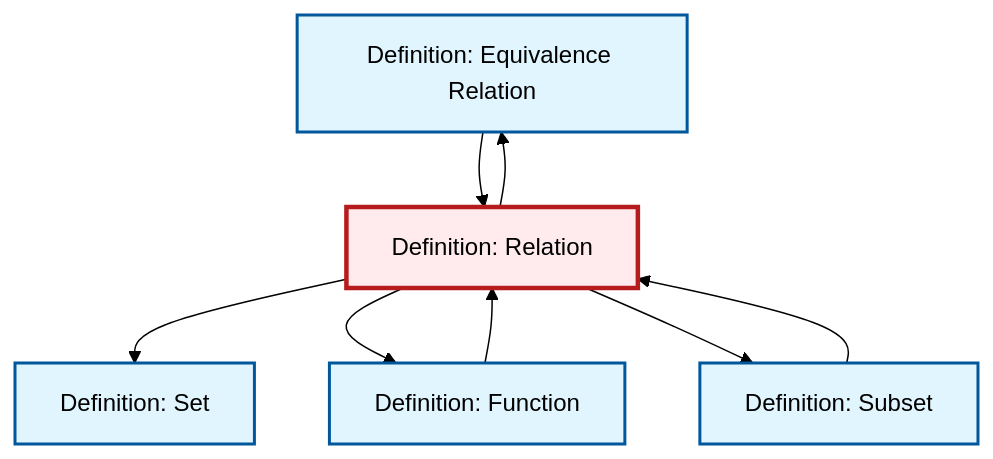
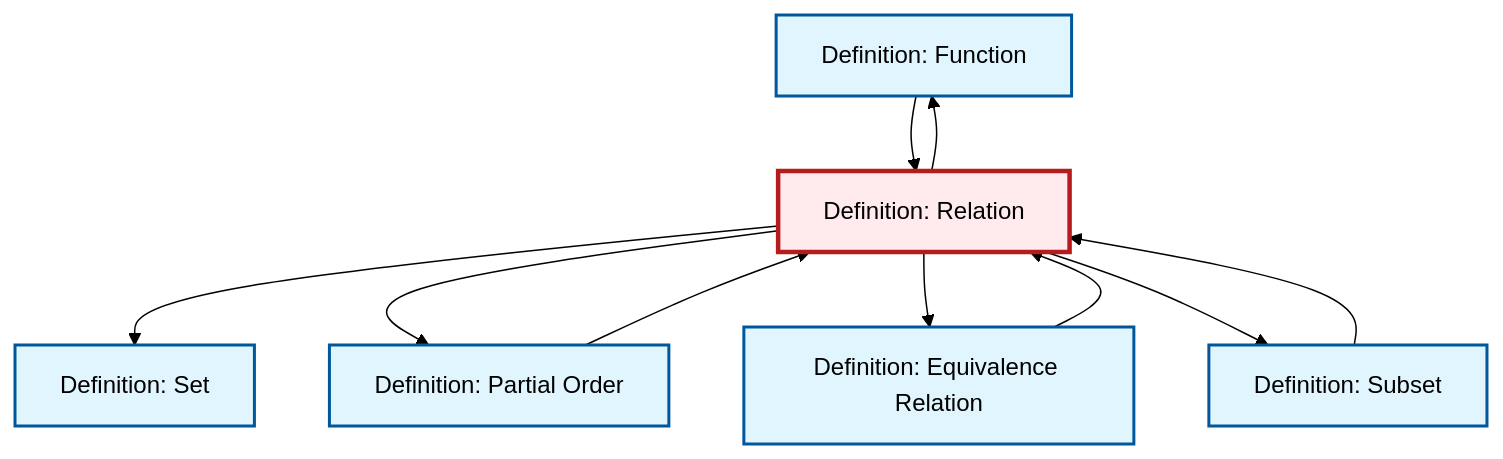
One commit to RK0429/ModernMath changed the diagram in content/ja/logic-set-theory/def-relation.qmd. Above: the diagram before and after it, drawn with Mermaid (forest theme). The commit also changed 581 other files, not shown here.

````diff
--- a/content/ja/logic-set-theory/def-relation.qmd
+++ b/content/ja/logic-set-theory/def-relation.qmd
@@ -91,26 +91,30 @@
 ```{mermaid}
 %%| fig-cap: "Local dependency graph"
 graph TD
     classDef definition fill:#e1f5fe,stroke:#01579b,stroke-width:2px
     classDef theorem fill:#f3e5f5,stroke:#4a148c,stroke-width:2px
     classDef axiom fill:#fff3e0,stroke:#e65100,stroke-width:2px
     classDef example fill:#e8f5e9,stroke:#1b5e20,stroke-width:2px
     classDef current fill:#ffebee,stroke:#b71c1c,stroke-width:3px
-    def-set["Definition: Set"]:::definition
-    def-equivalence-relation["Definition: Equivalence Relation"]:::definition
-    def-relation["Definition: Relation"]:::definition
     def-function["Definition: Function"]:::definition
     def-subset["Definition: Subset"]:::definition
-    def-relation --> def-equivalence-relation
-    def-relation --> def-set
+    def-equivalence-relation["Definition: Equivalence Relation"]:::definition
+    def-partial-order["Definition: Partial Order"]:::definition
+    def-relation["Definition: Relation"]:::definition
+    def-set["Definition: Set"]:::definition
+    def-subset --> def-relation
     def-function --> def-relation
     def-relation --> def-function
-    def-subset --> def-relation
     def-equivalence-relation --> def-relation
+    def-relation --> def-set
+    def-relation --> def-partial-order
+    def-partial-order --> def-relation
+    def-relation --> def-equivalence-relation
     def-relation --> def-subset
     class def-relation current
-    click def-set "def-set.html" "Definition: Setへ"
-    click def-equivalence-relation "def-equivalence-relation.html" "Definition: Equivalence Relationへ"
     click def-function "def-function.html" "Definition: Functionへ"
     click def-subset "def-subset.html" "Definition: Subsetへ"
+    click def-equivalence-relation "def-equivalence-relation.html" "Definition: Equivalence Relationへ"
+    click def-partial-order "def-partial-order.html" "Definition: Partial Orderへ"
+    click def-set "def-set.html" "Definition: Setへ"
 ```
````
